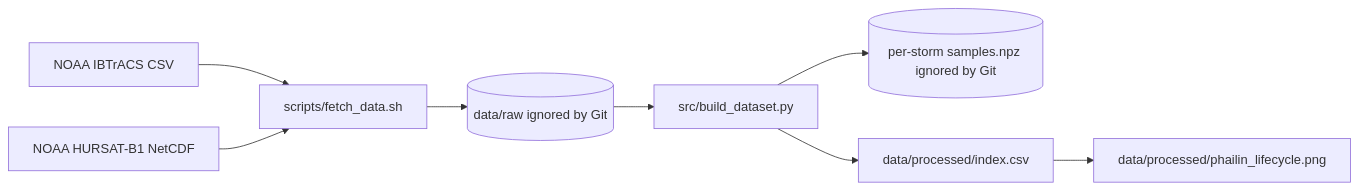
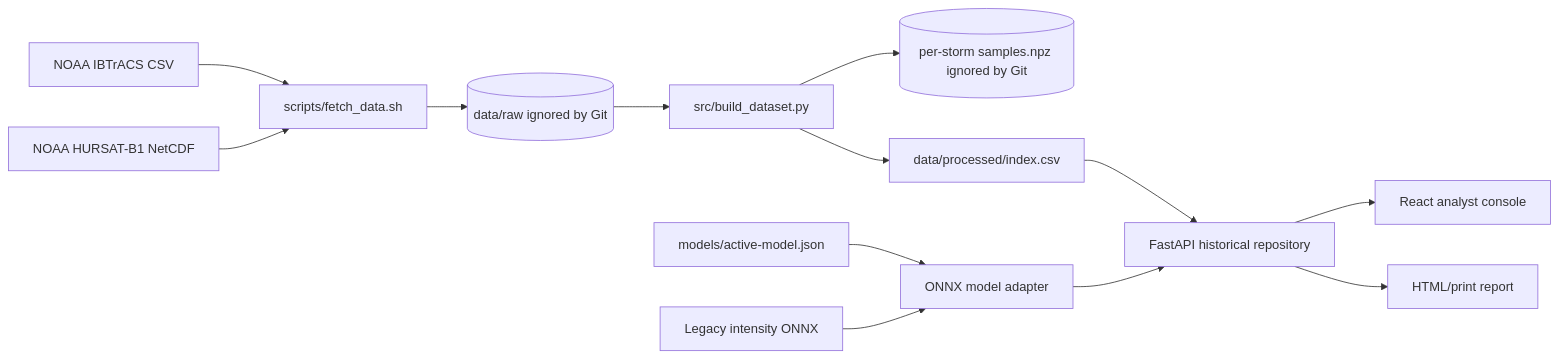
One commit to krsidhantaryan-ux/SIH-2026 changed the first of 6 diagrams in docs/ARCHITECTURE.md. Above: the diagram before and after it, drawn with Mermaid. The commit also changed other lines of this file and 53 other files, not shown here.

````diff
--- a/docs/ARCHITECTURE.md
+++ b/docs/ARCHITECTURE.md
@@ -68,10 +68,15 @@
 ```mermaid
 flowchart LR
     NOAA1[NOAA IBTrACS CSV] --> Fetch[scripts/fetch_data.sh]
     NOAA2[NOAA HURSAT-B1 NetCDF] --> Fetch
     Fetch --> Raw[(data/raw ignored by Git)]
     Raw --> Builder[src/build_dataset.py]
     Builder --> NPZ[(per-storm samples.npz ignored by Git)]
     Builder --> Index[data/processed/index.csv]
-    Index --> Plot[data/processed/phailin_lifecycle.png]
+    Index --> API[FastAPI historical repository]
+    Manifest[models/active-model.json] --> Runtime[ONNX model adapter]
+    Model[Legacy intensity ONNX] --> Runtime
+    Runtime --> API
+    API --> Web[React analyst console]
+    API --> Report[HTML/print report]
 ```
````
